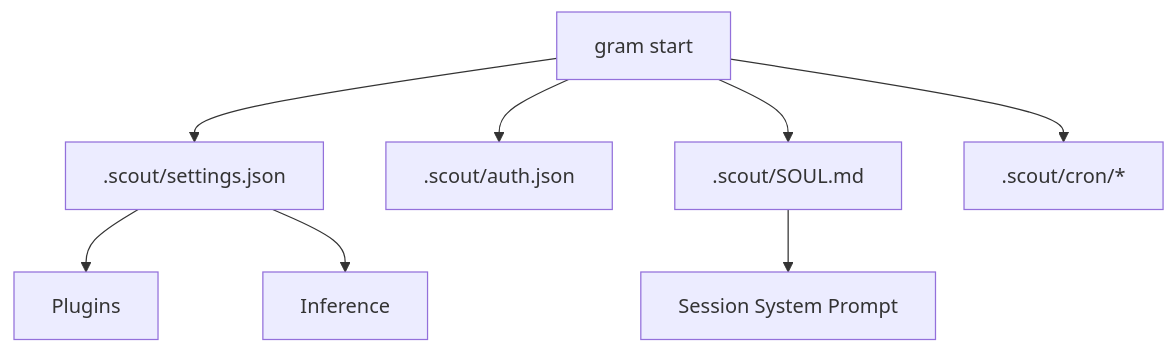
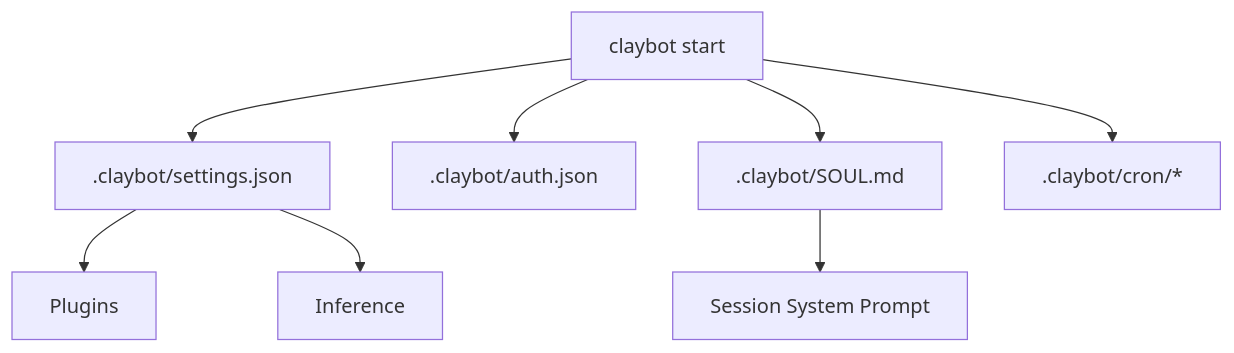
One commit to ex3ndr/daycare changed the diagram in docs/config.md. Above: the diagram before and after it, drawn with Mermaid. The commit also changed other lines of this file and 204 other files, not shown here.

First line of the commit message:
refactor: rename project from grambot/gram/scout to claybot

````diff
--- a/docs/config.md
+++ b/docs/config.md
@@ -9,10 +9,10 @@
 ```mermaid
 flowchart TD
-  Start[gram start] --> Settings[.scout/settings.json]
-  Start --> Auth[.scout/auth.json]
-  Start --> Soul[.scout/SOUL.md]
-  Start --> Cron[.scout/cron/*]
+  Start[claybot start] --> Settings[.claybot/settings.json]
+  Start --> Auth[.claybot/auth.json]
+  Start --> Soul[.claybot/SOUL.md]
+  Start --> Cron[.claybot/cron/*]
   Settings --> Plugins
   Settings --> Inference
   Soul --> SystemPrompt[Session System Prompt]
 ```
````
